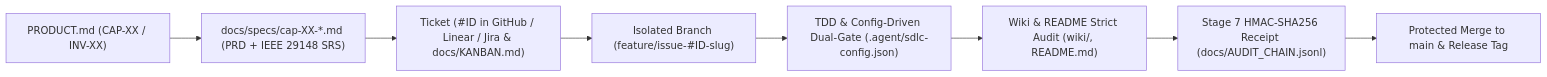
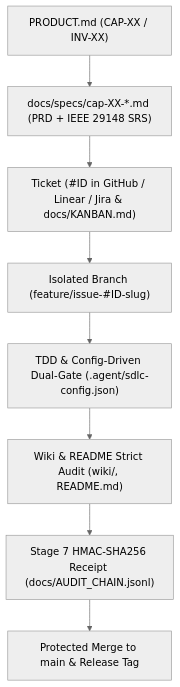
Before and after one commit to fmatar/sealit: the diagram in wiki/Traceability.md, drawn with Mermaid. The commit also changed 66 other files, not shown here.

Commit message:
feat(sdlc): standardize on 10 canonical skills, neutral terminology, clean footers, and compact workflow diagram (#116)

````diff
--- a/wiki/Traceability.md
+++ b/wiki/Traceability.md
@@ -9,10 +9,11 @@
 ```mermaid
-flowchart LR
+%%{init: {'theme': 'neutral'}}%%
+flowchart TD
     P["PRODUCT.md (CAP-XX / INV-XX)"] --> S["docs/specs/cap-XX-*.md (PRD + IEEE 29148 SRS)"]
     S --> T["Ticket (#ID in GitHub / Linear / Jira & docs/KANBAN.md)"]
     T --> B["Isolated Branch (feature/issue-#ID-slug)"]
     B --> C["TDD & Config-Driven Dual-Gate (.agent/sdlc-config.json)"]
     C --> W["Wiki & README Strict Audit (wiki/, README.md)"]
     W --> R["Stage 7 HMAC-SHA256 Receipt (docs/AUDIT_CHAIN.jsonl)"]
     R --> M["Protected Merge to main & Release Tag"]
 ```
````
